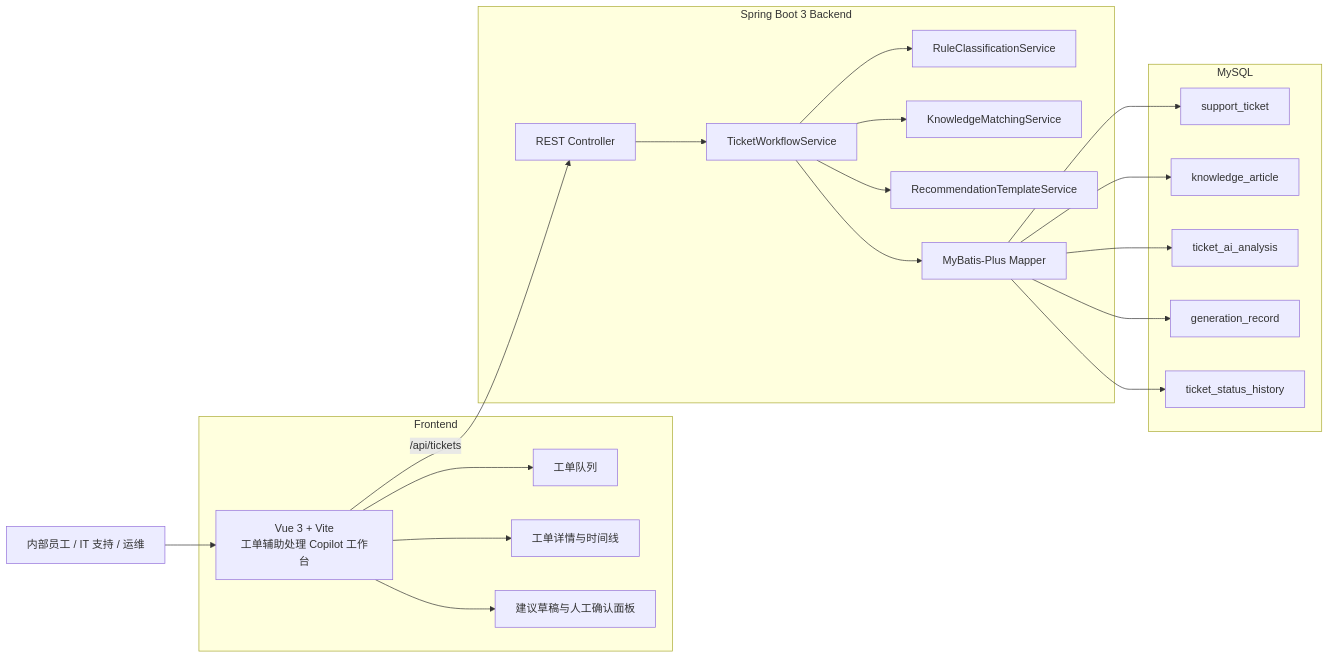
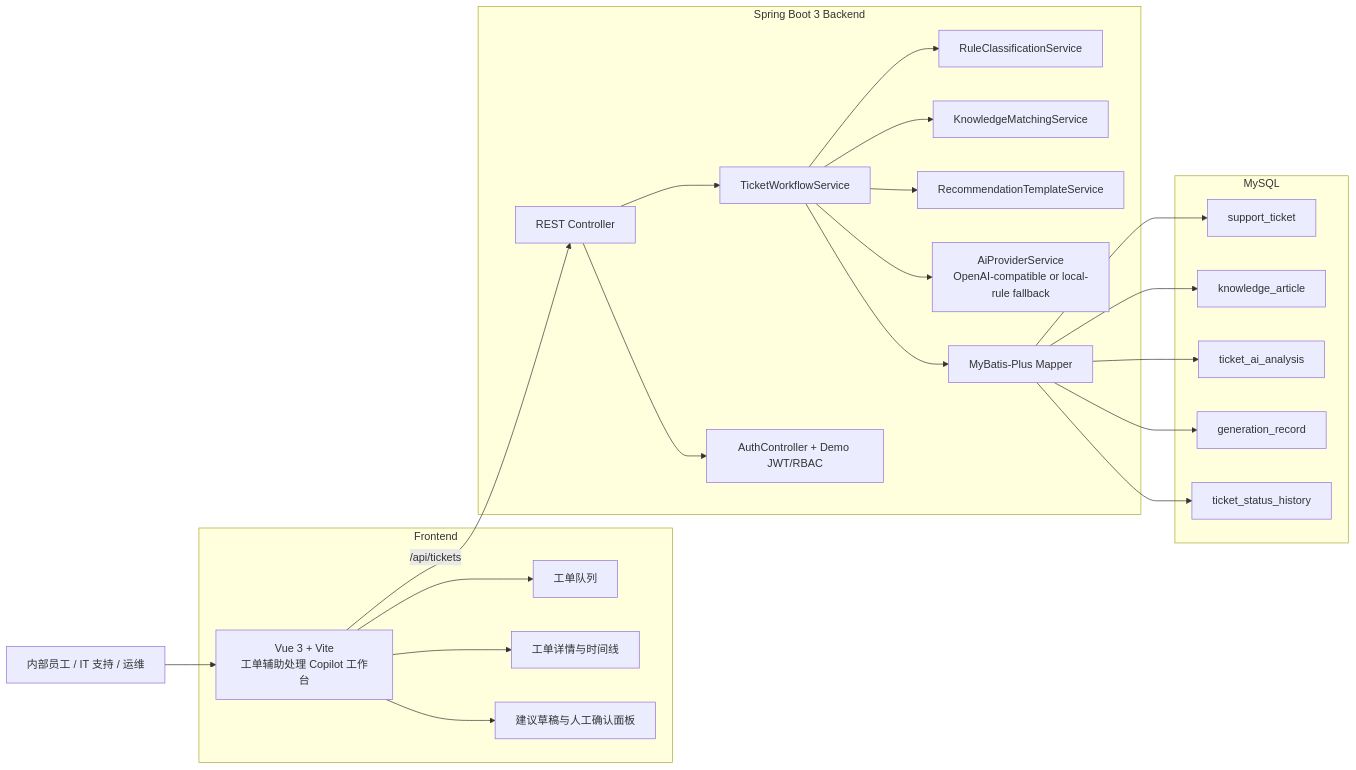
One commit to jameswilson87156-del/enterprise-ai-ticket-copilot changed the first of 4 diagrams in docs/architecture.md. Above: the diagram before and after it, drawn with Mermaid. The commit also changed other lines of this file and 26 other files, not shown here.

Commit message:
feat: add enterprise ticket provider and review workflow

````diff
--- a/docs/architecture.md
+++ b/docs/architecture.md
@@ -7,33 +7,35 @@
 ```mermaid
 flowchart LR
   user["内部员工 / IT 支持 / 运维"] --> web["Vue 3 + Vite<br/>工单辅助处理 Copilot 工作台"]
 
   subgraph frontend["Frontend"]
     web --> queue["工单队列"]
     web --> detail["工单详情与时间线"]
     web --> ai_panel["建议草稿与人工确认面板"]
   end
 
   subgraph backend["Spring Boot 3 Backend"]
     api["REST Controller"] --> workflow["TicketWorkflowService"]
+    api --> auth["AuthController + Demo JWT/RBAC"]
     workflow --> classifier["RuleClassificationService"]
     workflow --> matcher["KnowledgeMatchingService"]
     workflow --> template["RecommendationTemplateService"]
+    workflow --> provider["AiProviderService<br/>OpenAI-compatible or local-rule fallback"]
     workflow --> mapper["MyBatis-Plus Mapper"]
   end
 
   subgraph mysql["MySQL"]
     support_ticket["support_ticket"]
     knowledge_article["knowledge_article"]
     ticket_ai_analysis["ticket_ai_analysis"]
     generation_record["generation_record"]
     ticket_status_history["ticket_status_history"]
   end
 
   web -->|/api/tickets| api
   mapper --> support_ticket
   mapper --> knowledge_article
   mapper --> ticket_ai_analysis
   mapper --> generation_record
   mapper --> ticket_status_history
 ```
````
